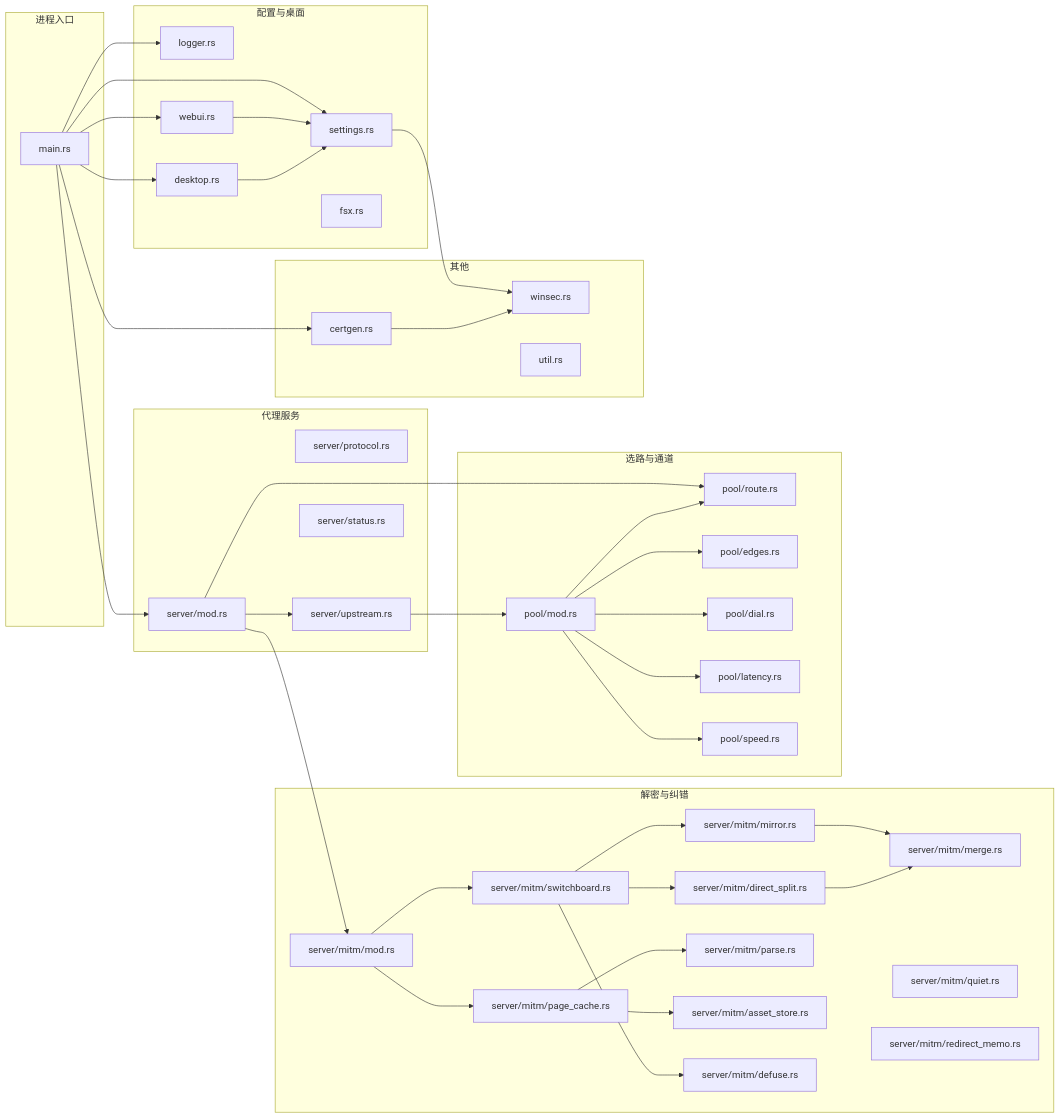
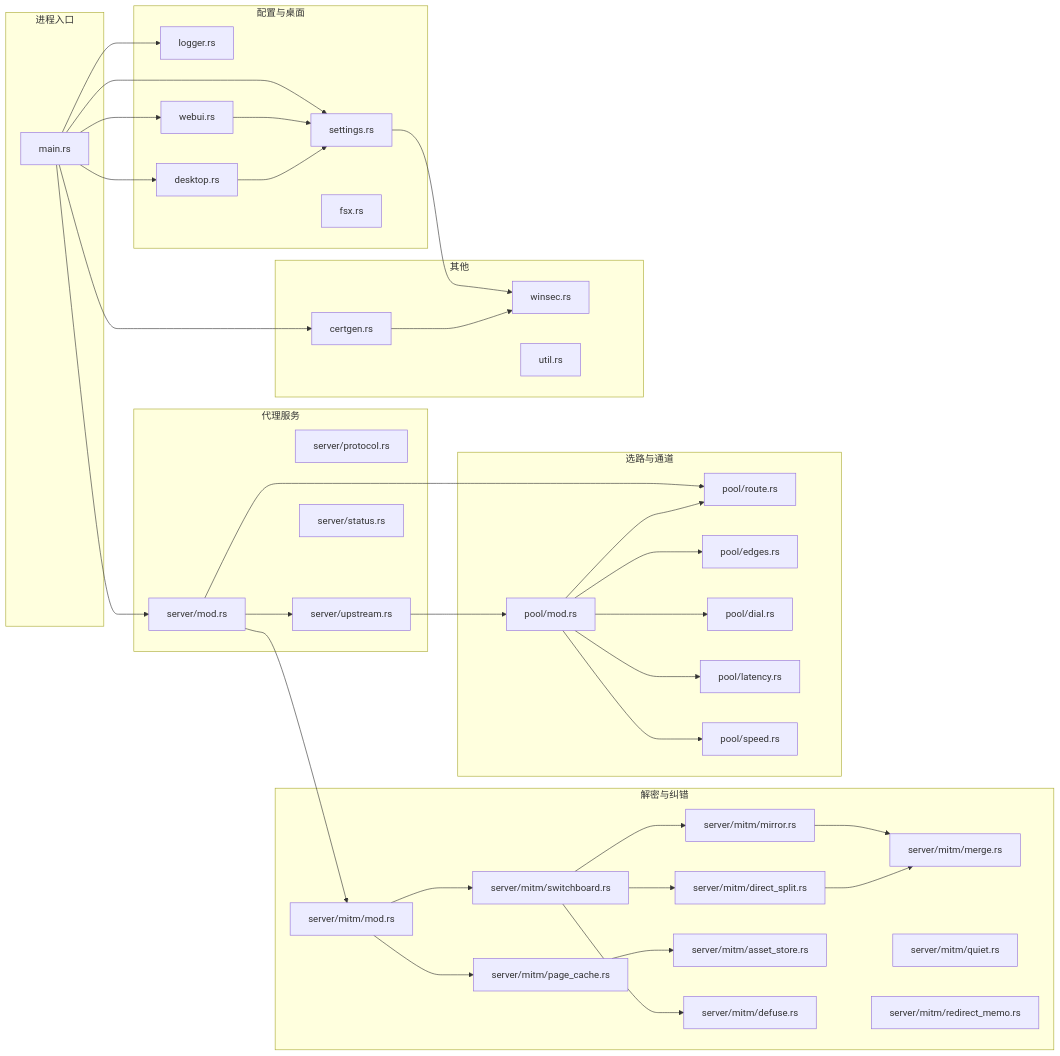
Before and after one commit to zhidian-cmd/gitport-github: the first of 10 diagrams in docs/ARCHITECTURE.md, drawn with Mermaid. The commit also changed other lines of this file and 8 other files, not shown here.

````diff
--- a/docs/ARCHITECTURE.md
+++ b/docs/ARCHITECTURE.md
@@ -11,74 +11,72 @@
 ```mermaid
 flowchart LR
     subgraph 进程入口
         MAIN[main.rs]
     end
     subgraph 配置与桌面
         SET[settings.rs]
         LOG[logger.rs]
         WEB[webui.rs]
         DESK[desktop.rs]
         FSX[fsx.rs]
     end
     subgraph 代理服务
         SRV[server/mod.rs]
         PROTO[server/protocol.rs]
         UP[server/upstream.rs]
         ST[server/status.rs]
     end
     subgraph 解密与纠错
         MITM[server/mitm/mod.rs]
         SWB[server/mitm/switchboard.rs]
         MIR[server/mitm/mirror.rs]
         DSP[server/mitm/direct_split.rs]
         MRG[server/mitm/merge.rs]
         PC[server/mitm/page_cache.rs]
-        PARSE[server/mitm/parse.rs]
         AST[server/mitm/asset_store.rs]
         DEF[server/mitm/defuse.rs]
         QUIET[server/mitm/quiet.rs]
         RM[server/mitm/redirect_memo.rs]
     end
     subgraph 选路与通道
         ROUTE[pool/route.rs]
         EDGES[pool/edges.rs]
         POOL[pool/mod.rs]
         DIAL[pool/dial.rs]
         LAT[pool/latency.rs]
         SPD[pool/speed.rs]
     end
     subgraph 其他
         CA[certgen.rs]
         WIN[winsec.rs]
         UTIL[util.rs]
     end
 
     MAIN --> SET
     MAIN --> LOG
     MAIN --> CA
     MAIN --> SRV
     MAIN --> WEB
     MAIN --> DESK
     SRV --> ROUTE
     SRV --> UP
     SRV --> MITM
     MITM --> SWB
     MITM --> PC
-    PC --> PARSE
     PC --> AST
     SWB --> MIR
     SWB --> DSP
     SWB --> DEF
     MIR --> MRG
     DSP --> MRG
     UP --> POOL
     POOL --> DIAL
     POOL --> EDGES
     POOL --> ROUTE
     POOL --> LAT
     POOL --> SPD
     SET --> WIN
     CA --> WIN
     WEB --> SET
     DESK --> SET
 ```
````
